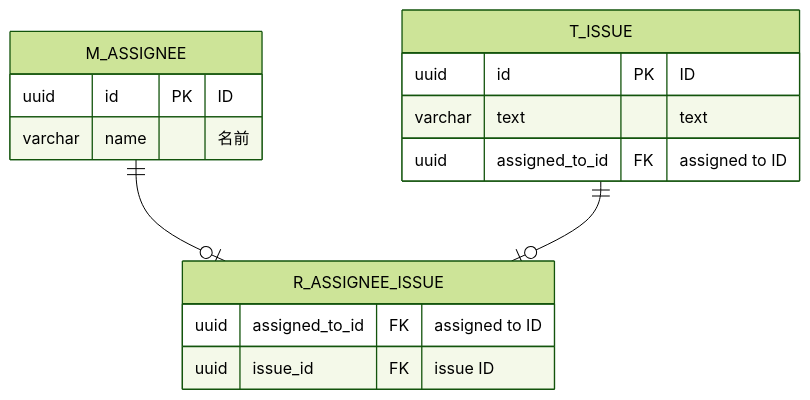
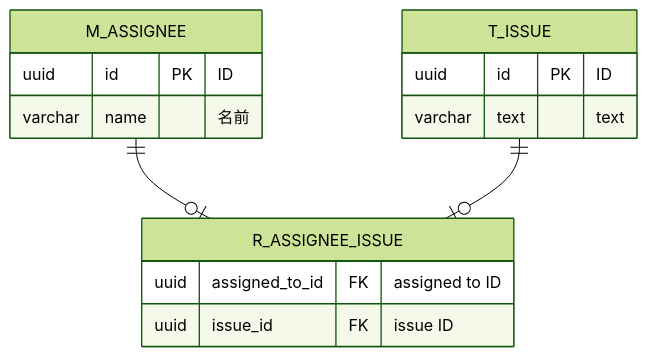
The diagram in F0yWy8HaLlWoST/01_データベース設計/18_データベースにおけるNULLの扱い/kadai.md (praha-inc/praha-challenge-7), drawn with Mermaid (forest theme) before and after one commit.

Commit message:
fix: 微修正

````diff
--- a/F0yWy8HaLlWoST/01_データベース設計/18_データベースにおけるNULLの扱い/kadai.md
+++ b/F0yWy8HaLlWoST/01_データベース設計/18_データベースにおけるNULLの扱い/kadai.md
@@ -24,22 +24,21 @@
 ```mermaid
 erDiagram
 
   M_ASSIGNEE {
     uuid id PK "ID"
     varchar name "<Not null> 名前"
   }
 
   T_ISSUE {
     uuid id PK "ID"
     varchar text "<Not null> text"
-    uuid assigned_to_id FK "<Not null> assigned to ID"
   }
 
   R_ASSIGNEE_ISSUE {
     uuid assigned_to_id FK "<Not null> assigned to ID"
     uuid issue_id FK "<Not null> issue ID"
   }
 
   M_ASSIGNEE ||--o| R_ASSIGNEE_ISSUE: ""
   T_ISSUE ||--o| R_ASSIGNEE_ISSUE: ""
 ```
````
